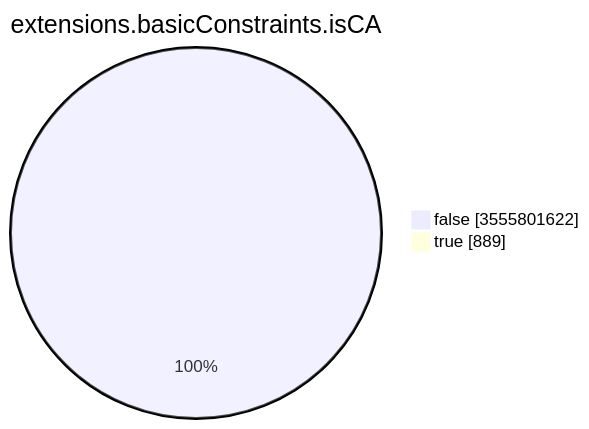
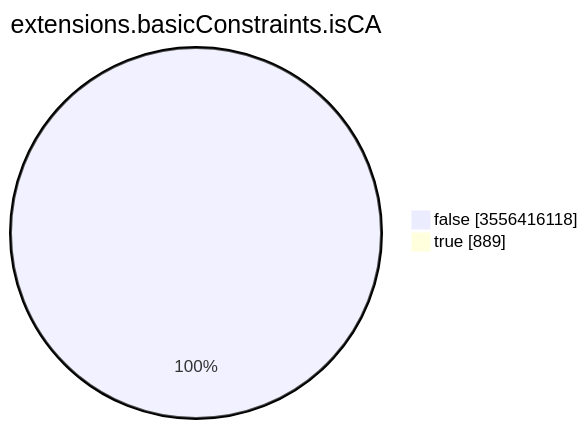
The seventh of 15 diagrams in TOTAL/README.md (christiankrug/ctmonitor_visualization), drawn with Mermaid before and after one commit. The commit also changed other lines of this file, not shown here.

````diff
--- a/TOTAL/README.md
+++ b/TOTAL/README.md
@@ -3094,6 +3094,6 @@
 ```mermaid
 pie showData
 title extensions.basicConstraints.isCA
-"false" :3555801622
+"false" :3556416118
 "true" :889
 ```
````
